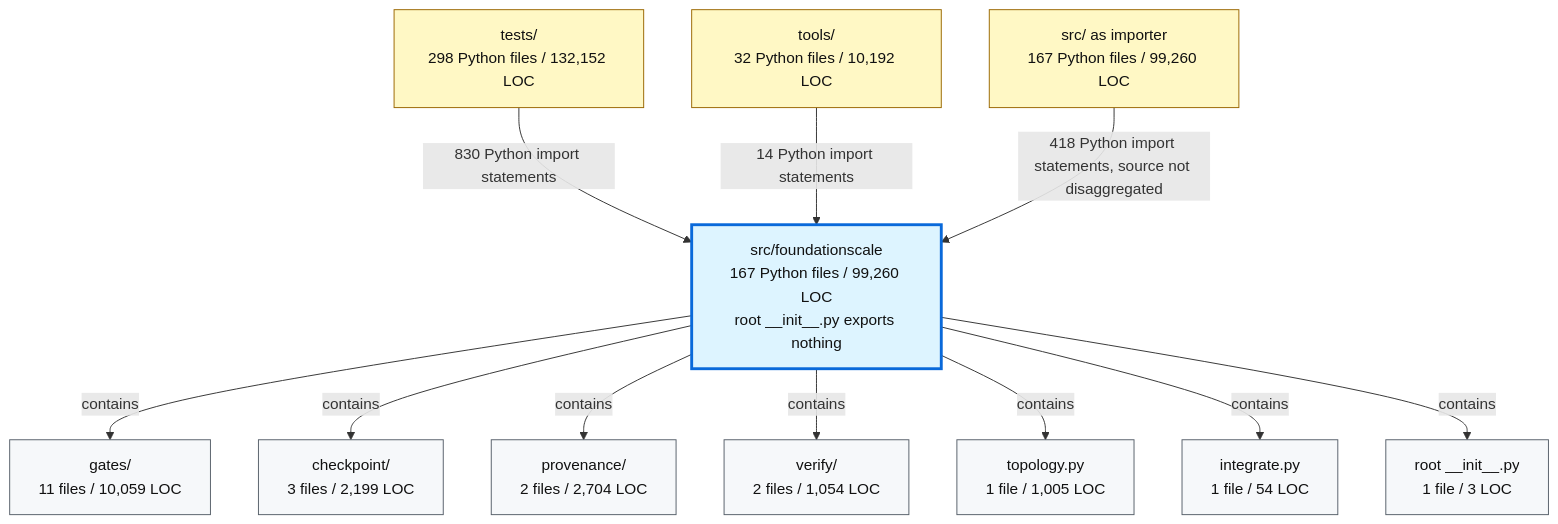
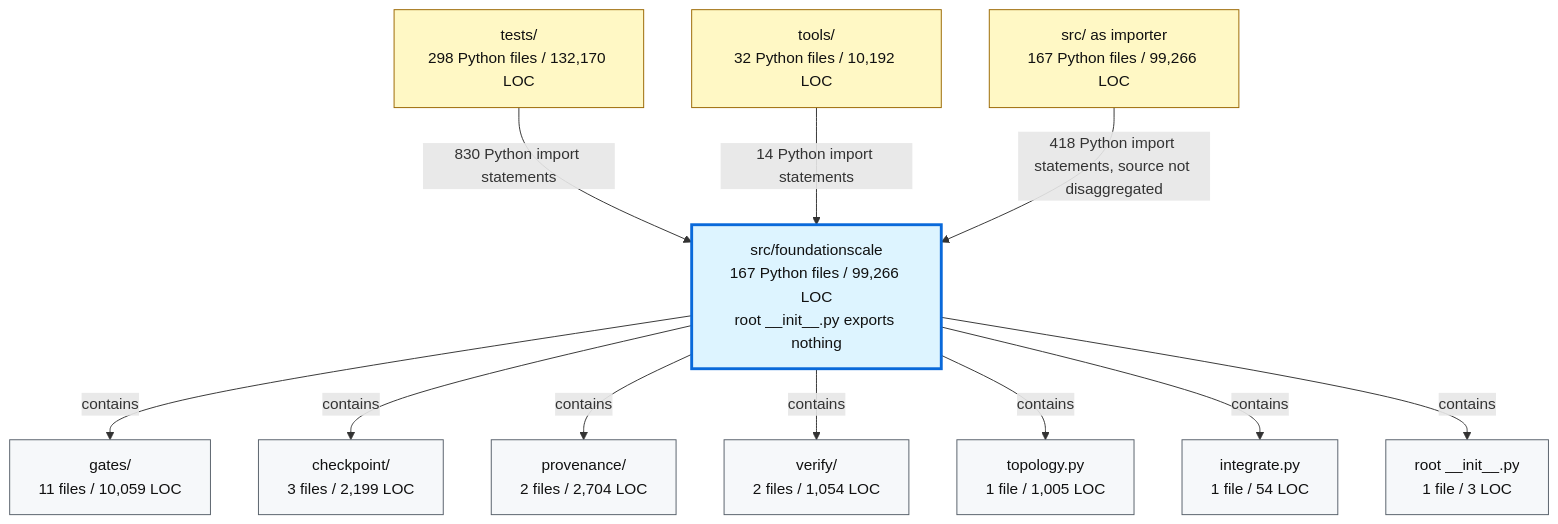
One commit to TranNhiem/FoundationScale changed the second of 2 diagrams in docs/review/D2_current_architecture.md. Above: the diagram before and after it, drawn with Mermaid. The commit also changed other lines of this file and 10 other files, not shown here.

````diff
--- a/docs/review/D2_current_architecture.md
+++ b/docs/review/D2_current_architecture.md
@@ -97,36 +97,36 @@
 ```mermaid
 flowchart TB
-  TESTS["tests/<br/>298 Python files / 132,152 LOC"]
+  TESTS["tests/<br/>298 Python files / 132,170 LOC"]
   TOOLS["tools/<br/>32 Python files / 10,192 LOC"]
-  SRC["src/ as importer<br/>167 Python files / 99,260 LOC"]
+  SRC["src/ as importer<br/>167 Python files / 99,266 LOC"]
 
-  FS["src/foundationscale<br/>167 Python files / 99,260 LOC<br/>root __init__.py exports nothing"]
+  FS["src/foundationscale<br/>167 Python files / 99,266 LOC<br/>root __init__.py exports nothing"]
 
   GATES["gates/<br/>11 files / 10,059 LOC"]
   CKPT["checkpoint/<br/>3 files / 2,199 LOC"]
   PROV["provenance/<br/>2 files / 2,704 LOC"]
   VERIFY["verify/<br/>2 files / 1,054 LOC"]
   TOPO["topology.py<br/>1 file / 1,005 LOC"]
   INTEG["integrate.py<br/>1 file / 54 LOC"]
   ROOT["root __init__.py<br/>1 file / 3 LOC"]
 
   TESTS -->|"830 Python import statements"| FS
   TOOLS -->|"14 Python import statements"| FS
   SRC -->|"418 Python import statements, source not disaggregated"| FS
 
   FS -->|"contains"| GATES
   FS -->|"contains"| CKPT
   FS -->|"contains"| PROV
   FS -->|"contains"| VERIFY
   FS -->|"contains"| TOPO
   FS -->|"contains"| INTEG
   FS -->|"contains"| ROOT
 
   classDef consumer fill:#fff8c5,stroke:#9a6700,color:#111;
   classDef package fill:#ddf4ff,stroke:#0969da,stroke-width:3px,color:#111;
   classDef module fill:#f6f8fa,stroke:#57606a,color:#111;
 
   class TESTS,TOOLS,SRC consumer;
   class FS package;
   class GATES,CKPT,PROV,VERIFY,TOPO,INTEG,ROOT module;
 ```
````
